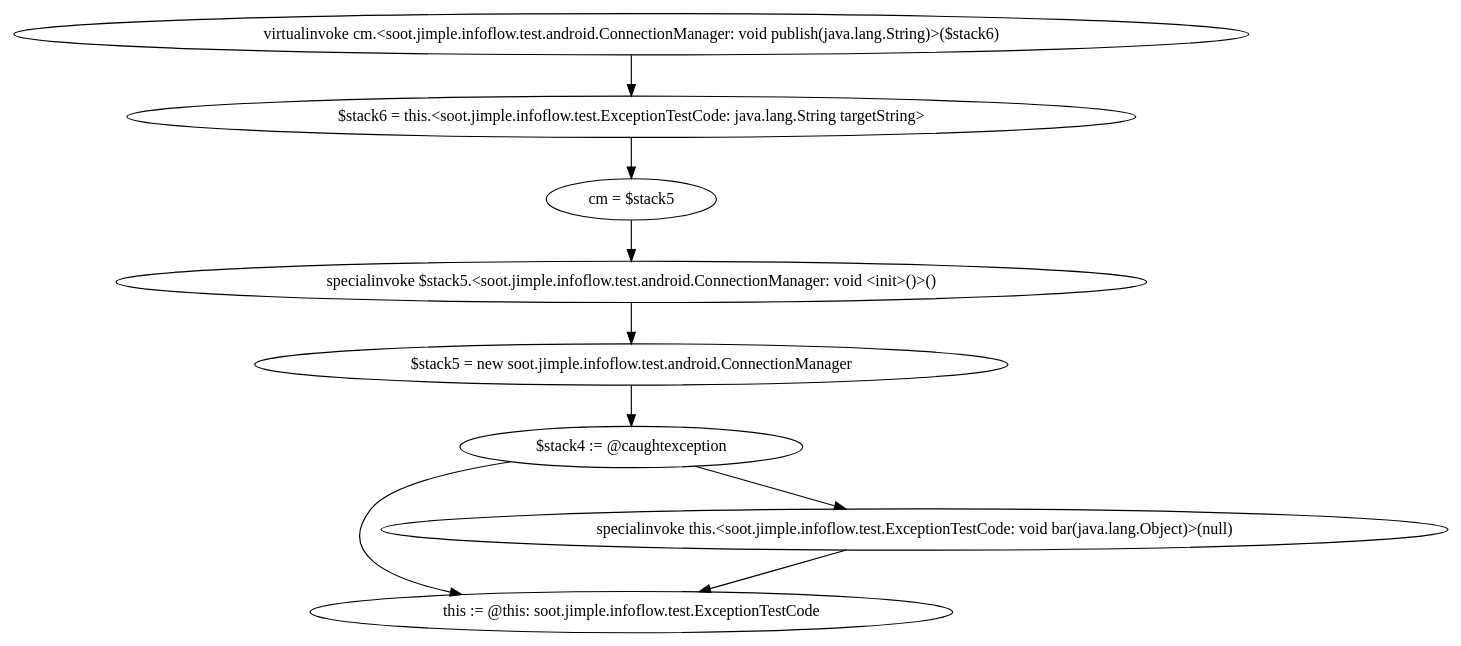
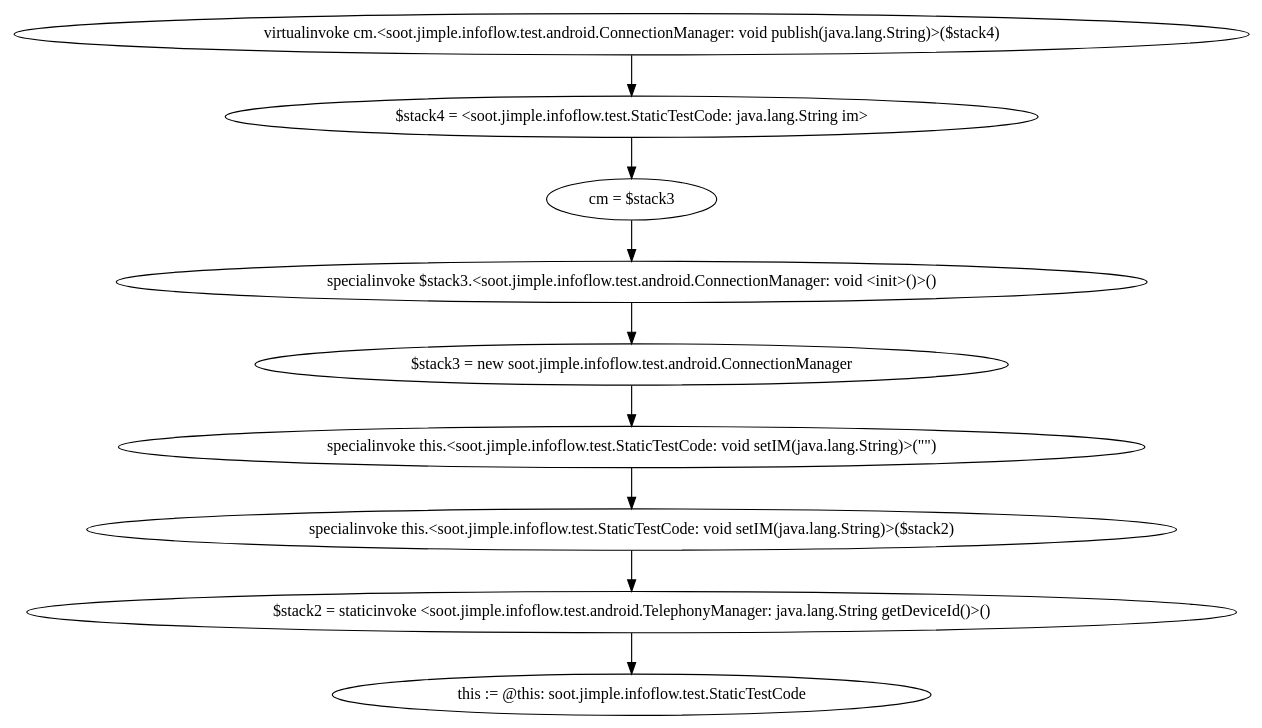
One commit to t1mlange/FlowDroid changed the diagram in soot-infoflow/0.dot. Above: the diagram before and after it, drawn with Graphviz. The commit also changed 8 other files, not shown here.

```diff
--- a/soot-infoflow/0.dot
+++ b/soot-infoflow/0.dot
@@ -1,18 +1,19 @@
 digraph "" {
-    "virtualinvoke cm.<soot.jimple.infoflow.test.android.ConnectionManager: void publish(java.lang.String)>($stack6)"
-    "$stack6 = this.<soot.jimple.infoflow.test.ExceptionTestCode: java.lang.String targetString>"
-    "virtualinvoke cm.<soot.jimple.infoflow.test.android.ConnectionManager: void publish(java.lang.String)>($stack6)"->"$stack6 = this.<soot.jimple.infoflow.test.ExceptionTestCode: java.lang.String targetString>";
-    "cm = $stack5"
-    "$stack6 = this.<soot.jimple.infoflow.test.ExceptionTestCode: java.lang.String targetString>"->"cm = $stack5";
-    "specialinvoke $stack5.<soot.jimple.infoflow.test.android.ConnectionManager: void <init>()>()"
-    "cm = $stack5"->"specialinvoke $stack5.<soot.jimple.infoflow.test.android.ConnectionManager: void <init>()>()";
-    "$stack5 = new soot.jimple.infoflow.test.android.ConnectionManager"
-    "specialinvoke $stack5.<soot.jimple.infoflow.test.android.ConnectionManager: void <init>()>()"->"$stack5 = new soot.jimple.infoflow.test.android.ConnectionManager";
-    "$stack4 := @caughtexception"
-    "$stack5 = new soot.jimple.infoflow.test.android.ConnectionManager"->"$stack4 := @caughtexception";
-    "this := @this: soot.jimple.infoflow.test.ExceptionTestCode"
-    "$stack4 := @caughtexception"->"this := @this: soot.jimple.infoflow.test.ExceptionTestCode";
-    "specialinvoke this.<soot.jimple.infoflow.test.ExceptionTestCode: void bar(java.lang.Object)>(null)"
-    "$stack4 := @caughtexception"->"specialinvoke this.<soot.jimple.infoflow.test.ExceptionTestCode: void bar(java.lang.Object)>(null)";
-    "specialinvoke this.<soot.jimple.infoflow.test.ExceptionTestCode: void bar(java.lang.Object)>(null)"->"this := @this: soot.jimple.infoflow.test.ExceptionTestCode";
+    "virtualinvoke cm.<soot.jimple.infoflow.test.android.ConnectionManager: void publish(java.lang.String)>($stack4)"
+    "$stack4 = <soot.jimple.infoflow.test.StaticTestCode: java.lang.String im>"
+    "virtualinvoke cm.<soot.jimple.infoflow.test.android.ConnectionManager: void publish(java.lang.String)>($stack4)"->"$stack4 = <soot.jimple.infoflow.test.StaticTestCode: java.lang.String im>";
+    "cm = $stack3"
+    "$stack4 = <soot.jimple.infoflow.test.StaticTestCode: java.lang.String im>"->"cm = $stack3";
+    "specialinvoke $stack3.<soot.jimple.infoflow.test.android.ConnectionManager: void <init>()>()"
+    "cm = $stack3"->"specialinvoke $stack3.<soot.jimple.infoflow.test.android.ConnectionManager: void <init>()>()";
+    "$stack3 = new soot.jimple.infoflow.test.android.ConnectionManager"
+    "specialinvoke $stack3.<soot.jimple.infoflow.test.android.ConnectionManager: void <init>()>()"->"$stack3 = new soot.jimple.infoflow.test.android.ConnectionManager";
+    "specialinvoke this.<soot.jimple.infoflow.test.StaticTestCode: void setIM(java.lang.String)>(\"\")"
+    "$stack3 = new soot.jimple.infoflow.test.android.ConnectionManager"->"specialinvoke this.<soot.jimple.infoflow.test.StaticTestCode: void setIM(java.lang.String)>(\"\")";
+    "specialinvoke this.<soot.jimple.infoflow.test.StaticTestCode: void setIM(java.lang.String)>($stack2)"
+    "specialinvoke this.<soot.jimple.infoflow.test.StaticTestCode: void setIM(java.lang.String)>(\"\")"->"specialinvoke this.<soot.jimple.infoflow.test.StaticTestCode: void setIM(java.lang.String)>($stack2)";
+    "$stack2 = staticinvoke <soot.jimple.infoflow.test.android.TelephonyManager: java.lang.String getDeviceId()>()"
+    "specialinvoke this.<soot.jimple.infoflow.test.StaticTestCode: void setIM(java.lang.String)>($stack2)"->"$stack2 = staticinvoke <soot.jimple.infoflow.test.android.TelephonyManager: java.lang.String getDeviceId()>()";
+    "this := @this: soot.jimple.infoflow.test.StaticTestCode"
+    "$stack2 = staticinvoke <soot.jimple.infoflow.test.android.TelephonyManager: java.lang.String getDeviceId()>()"->"this := @this: soot.jimple.infoflow.test.StaticTestCode";
 }
```
